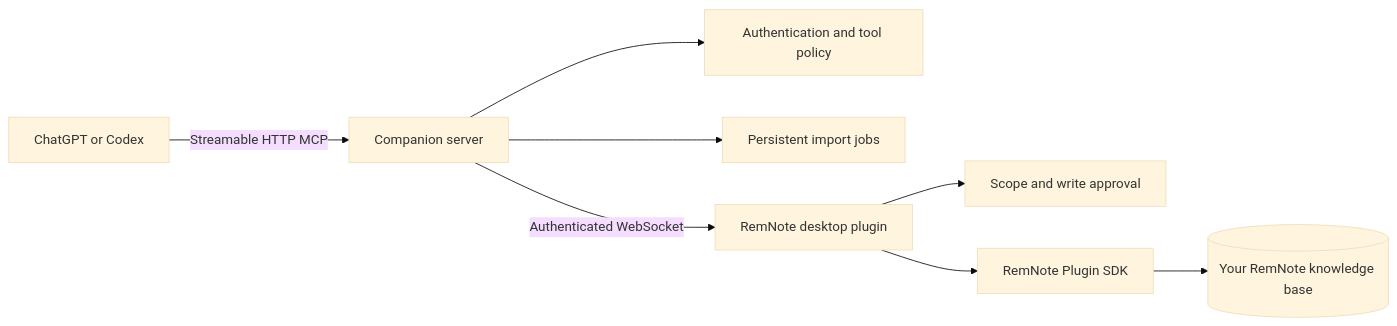
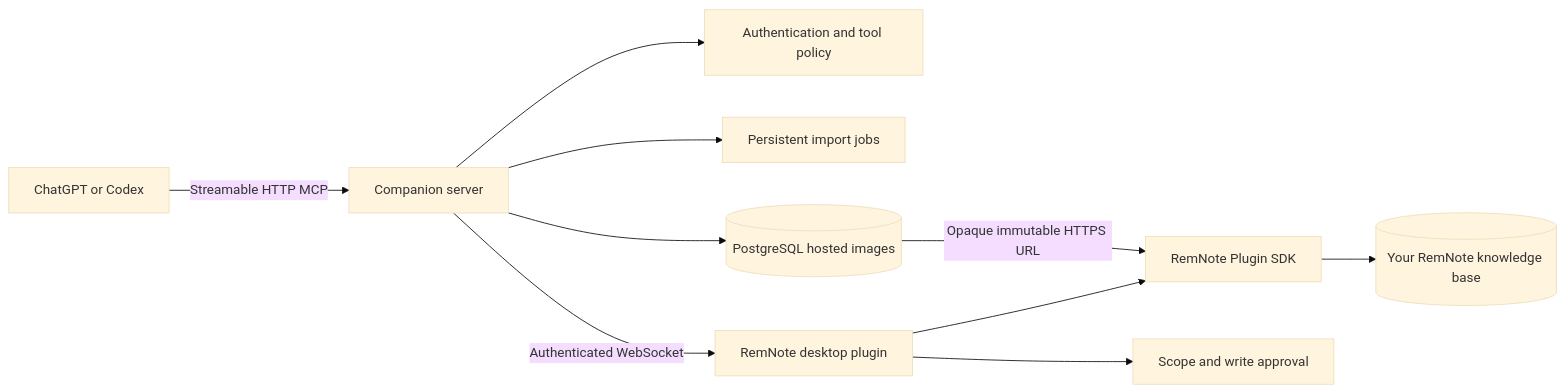
Before and after one commit to HTGit63/remnote-plugin-template-react: the diagram in README.md, drawn with Mermaid (base theme). The commit also changed other lines of this file and 38 other files, not shown here.

````diff
--- a/README.md
+++ b/README.md
@@ -26,10 +28,12 @@
 ```mermaid
 flowchart LR
   A[ChatGPT or Codex] -->|Streamable HTTP MCP| B[Companion server]
   B --> C[Authentication and tool policy]
   B --> D[Persistent import jobs]
+  B --> I[(PostgreSQL hosted images)]
+  I -->|Opaque immutable HTTPS URL| G
   B -->|Authenticated WebSocket| E[RemNote desktop plugin]
   E --> F[Scope and write approval]
   E --> G[RemNote Plugin SDK]
   G --> H[(Your RemNote knowledge base)]
 ```
````
